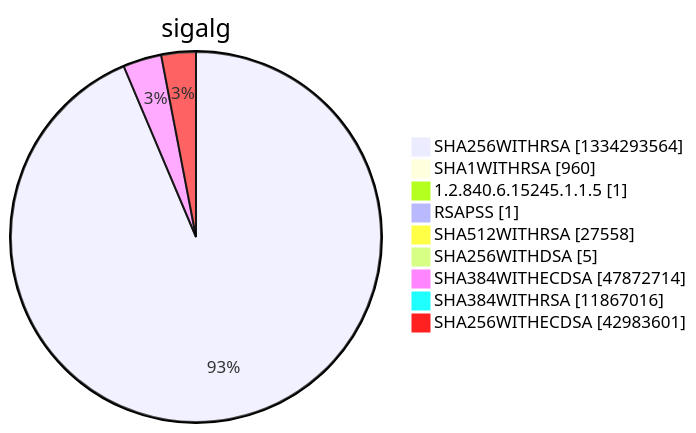
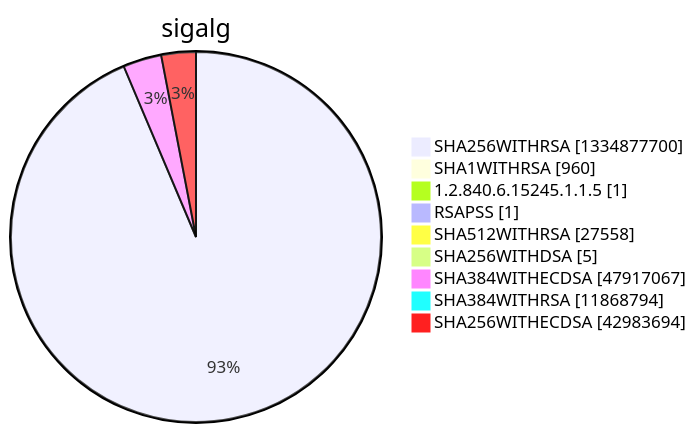
Before and after one commit to christiankrug/ctmonitor_visualization: diagram 15 of 15 in argon2022/README.md, drawn with Mermaid. The commit also changed other lines of this file, not shown here.

````diff
--- a/argon2022/README.md
+++ b/argon2022/README.md
@@ -5524,13 +5524,13 @@
 ```mermaid
 pie showData
 title sigalg
-"SHA256WITHRSA" :1334293564
+"SHA256WITHRSA" :1334877700
 "SHA1WITHRSA" :960
 "1.2.840.6.15245.1.1.5" :1
 "RSAPSS" :1
 "SHA512WITHRSA" :27558
 "SHA256WITHDSA" :5
-"SHA384WITHECDSA" :47872714
-"SHA384WITHRSA" :11867016
-"SHA256WITHECDSA" :42983601
+"SHA384WITHECDSA" :47917067
+"SHA384WITHRSA" :11868794
+"SHA256WITHECDSA" :42983694
 ```
````
